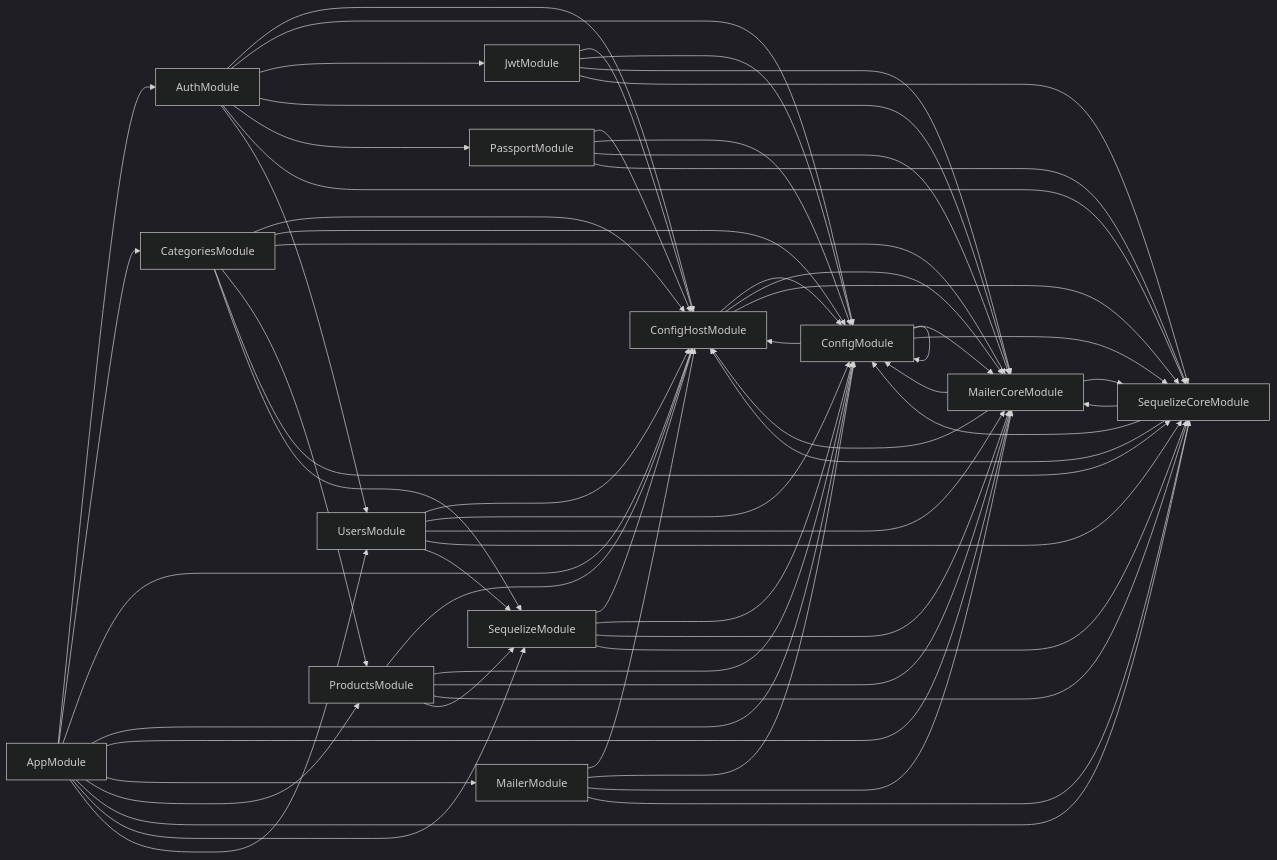
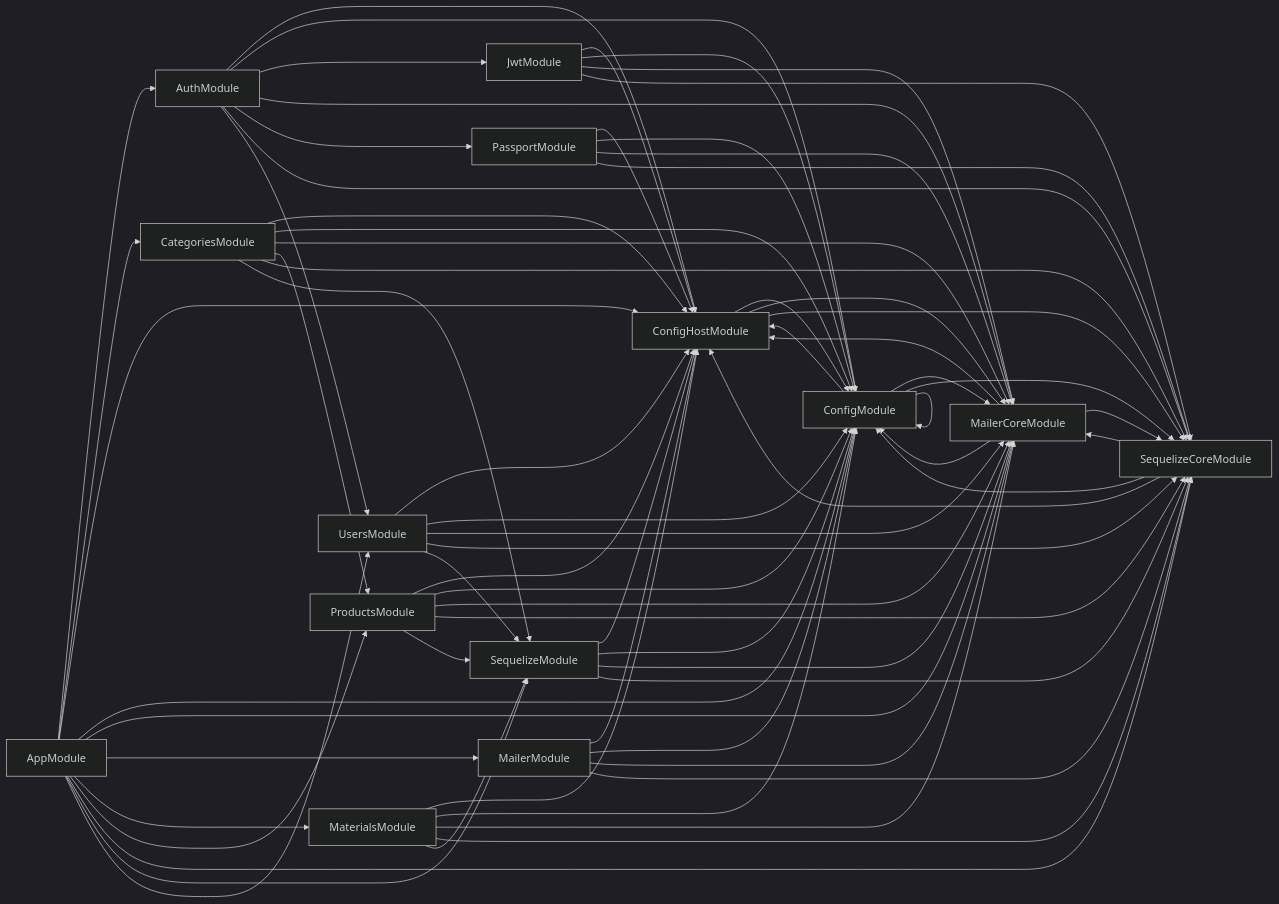
The diagram in deps.mermaid (csc13001-kafi/csc13001-kafi-server), drawn with Mermaid (dark theme) before and after one commit. The commit also changed 18 other files, not shown here.

```diff
--- a/deps.mermaid
+++ b/deps.mermaid
@@ -1,63 +1,69 @@
 graph LR
     AppModule-->AuthModule
   AppModule-->CategoriesModule
   AppModule-->ConfigHostModule
   AppModule-->ConfigModule
   AppModule-->MailerCoreModule
   AppModule-->MailerModule
+  AppModule-->MaterialsModule
   AppModule-->ProductsModule
   AppModule-->SequelizeCoreModule
   AppModule-->SequelizeModule
   AppModule-->UsersModule
   AuthModule-->ConfigHostModule
   AuthModule-->ConfigModule
   AuthModule-->JwtModule
   AuthModule-->MailerCoreModule
   AuthModule-->PassportModule
   AuthModule-->SequelizeCoreModule
   AuthModule-->UsersModule
   CategoriesModule-->ConfigHostModule
   CategoriesModule-->ConfigModule
   CategoriesModule-->MailerCoreModule
   CategoriesModule-->ProductsModule
   CategoriesModule-->SequelizeCoreModule
   CategoriesModule-->SequelizeModule
   ConfigHostModule-->ConfigModule
   ConfigHostModule-->MailerCoreModule
   ConfigHostModule-->SequelizeCoreModule
   ConfigModule-->ConfigHostModule
   ConfigModule-->ConfigModule
   ConfigModule-->MailerCoreModule
   ConfigModule-->SequelizeCoreModule
   JwtModule-->ConfigHostModule
   JwtModule-->ConfigModule
   JwtModule-->MailerCoreModule
   JwtModule-->SequelizeCoreModule
   MailerCoreModule-->ConfigHostModule
   MailerCoreModule-->ConfigModule
   MailerCoreModule-->SequelizeCoreModule
   MailerModule-->ConfigHostModule
   MailerModule-->ConfigModule
   MailerModule-->MailerCoreModule
   MailerModule-->SequelizeCoreModule
+  MaterialsModule-->ConfigHostModule
+  MaterialsModule-->ConfigModule
+  MaterialsModule-->MailerCoreModule
+  MaterialsModule-->SequelizeCoreModule
+  MaterialsModule-->SequelizeModule
   PassportModule-->ConfigHostModule
   PassportModule-->ConfigModule
   PassportModule-->MailerCoreModule
   PassportModule-->SequelizeCoreModule
   ProductsModule-->ConfigHostModule
   ProductsModule-->ConfigModule
   ProductsModule-->MailerCoreModule
   ProductsModule-->SequelizeCoreModule
   ProductsModule-->SequelizeModule
   SequelizeCoreModule-->ConfigHostModule
   SequelizeCoreModule-->ConfigModule
   SequelizeCoreModule-->MailerCoreModule
   SequelizeModule-->ConfigHostModule
   SequelizeModule-->ConfigModule
   SequelizeModule-->MailerCoreModule
   SequelizeModule-->SequelizeCoreModule
   UsersModule-->ConfigHostModule
   UsersModule-->ConfigModule
   UsersModule-->MailerCoreModule
   UsersModule-->SequelizeCoreModule
   UsersModule-->SequelizeModule
```
